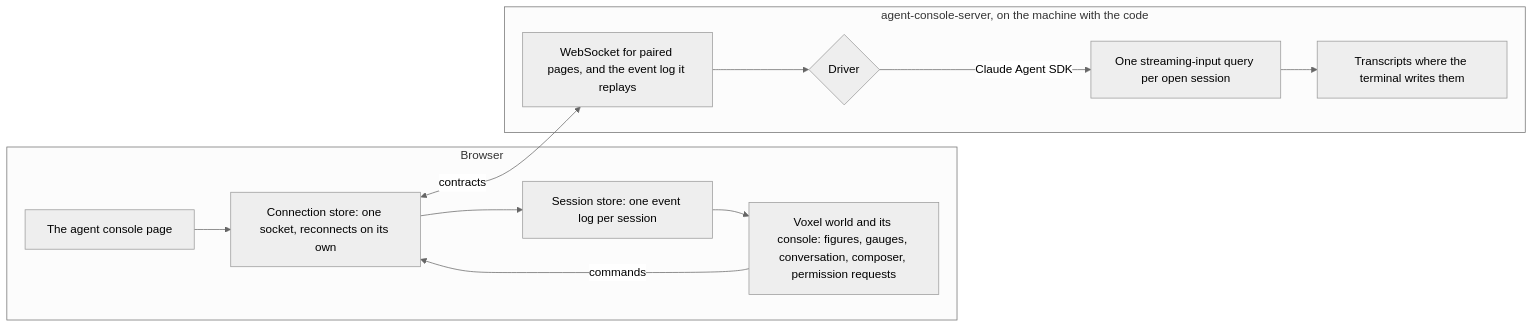
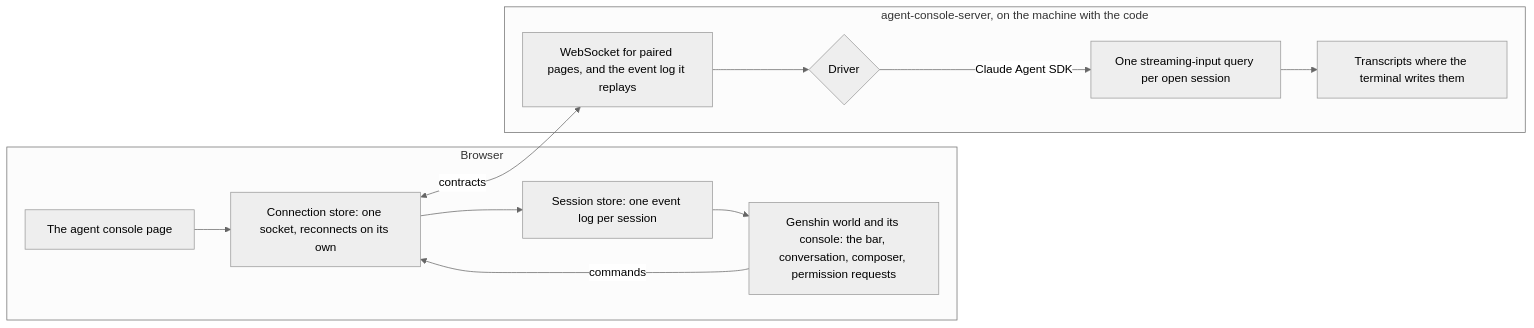
The diagram in apps/web/content/docs/infra/claude-interface/agent-console/index.md (Esposter/Esposter), drawn with Mermaid (neutral theme) before and after one commit. The commit also changed other lines of this file and 134 other files, not shown here.

First line of the commit message:
refactor(web): delete the voxel world, which the Genshin world replaced

````diff
--- a/apps/web/content/docs/infra/claude-interface/agent-console/index.md
+++ b/apps/web/content/docs/infra/claude-interface/agent-console/index.md
@@ -14,15 +14,15 @@
 ```mermaid
 flowchart LR
   subgraph Browser
     P[The agent console page] --> C[Connection store: one socket, reconnects on its own]
     C --> S[Session store: one event log per session]
-    S --> W[Voxel world and its console: figures, gauges, conversation, composer, permission requests]
+    S --> W[Genshin world and its console: the bar, conversation, composer, permission requests]
     W -->|commands| C
   end
   subgraph Host[agent-console-server, on the machine with the code]
     WS[WebSocket for paired pages, and the event log it replays] --> D{Driver}
     D -->|Claude Agent SDK| Q[One streaming-input query per open session]
     Q --> T[Transcripts where the terminal writes them]
   end
   C <-->|contracts| WS
 ```
````
